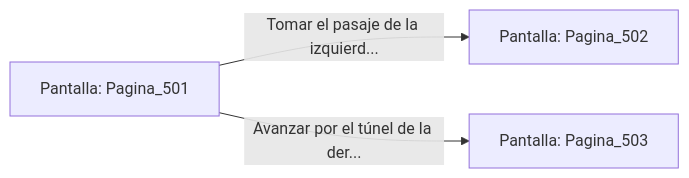
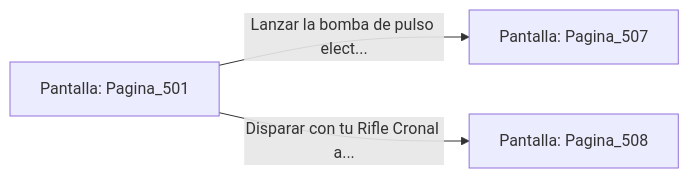
Before and after one commit to metsuke/mpl: the diagram in sample/eligejuego-vault/Pantalla_Pagina_501.md, drawn with Mermaid. The commit also changed other lines of this file and 635 other files, not shown here.

First line of the commit message:
fix: añadir Pagina_1 como pantalla inicial en capitulo_01.mpl

````diff
--- a/sample/eligejuego-vault/Pantalla_Pagina_501.md
+++ b/sample/eligejuego-vault/Pantalla_Pagina_501.md
@@ -20,6 +24,6 @@
 ```mermaid
 graph LR
     P_Pagina_501["Pantalla: Pagina_501"]
-    P_Pagina_501 -->|"Tomar el pasaje de la izquierd..."| P_Pagina_502["Pantalla: Pagina_502"]
-    P_Pagina_501 -->|"Avanzar por el túnel de la der..."| P_Pagina_503["Pantalla: Pagina_503"]
+    P_Pagina_501 -->|"Lanzar la bomba de pulso elect..."| P_Pagina_507["Pantalla: Pagina_507"]
+    P_Pagina_501 -->|"Disparar con tu Rifle Cronal a..."| P_Pagina_508["Pantalla: Pagina_508"]
 ```
````
